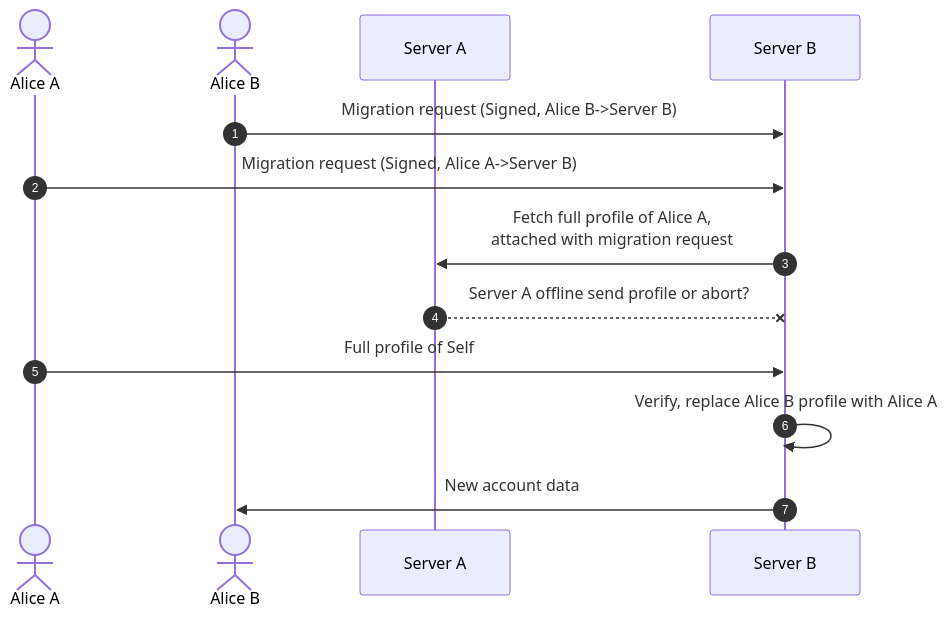
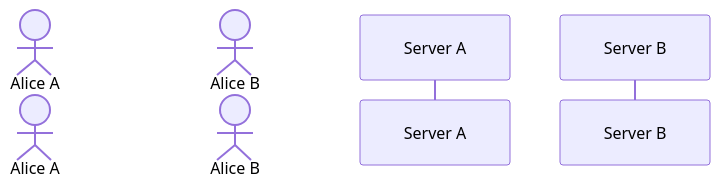
One commit to polyphony-chat/docs changed the fifth of 9 diagrams in docs/Protocol Specifications/core.md. Above: the diagram before and after it, drawn with Mermaid. The commit also changed other lines of this file, not shown here.

````diff
--- a/docs/Protocol Specifications/core.md
+++ b/docs/Protocol Specifications/core.md
@@ -883,18 +828,9 @@
 ```mermaid
 sequenceDiagram
 autonumber
 
 actor aa as Alice A
 actor ab as Alice B
 participant sa as Server A
 participant sb as Server B
-
-ab->>sb: Migration request (Signed, Alice B->Server B)
-aa->>sb: Migration request (Signed, Alice A->Server B)
-sb->>sa: Fetch full profile of Alice A,<br />attached with migration request
-sa--xsb: Server A offline send profile or abort?
-aa->>sb: Full profile of Self
-sb->>sb: Verify, replace Alice B profile with Alice A
-sb->>ab: New account data
-
 ```
````
